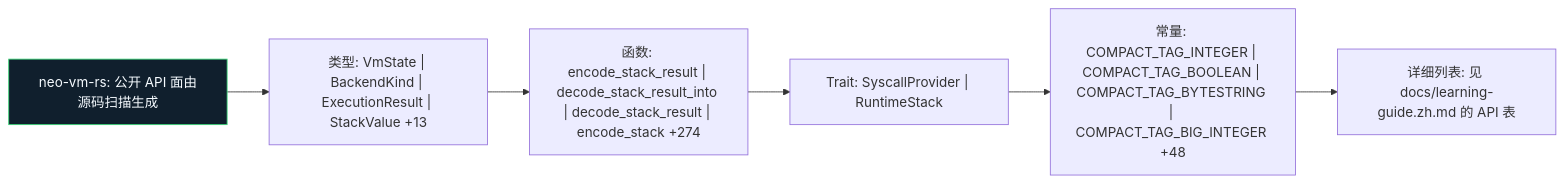
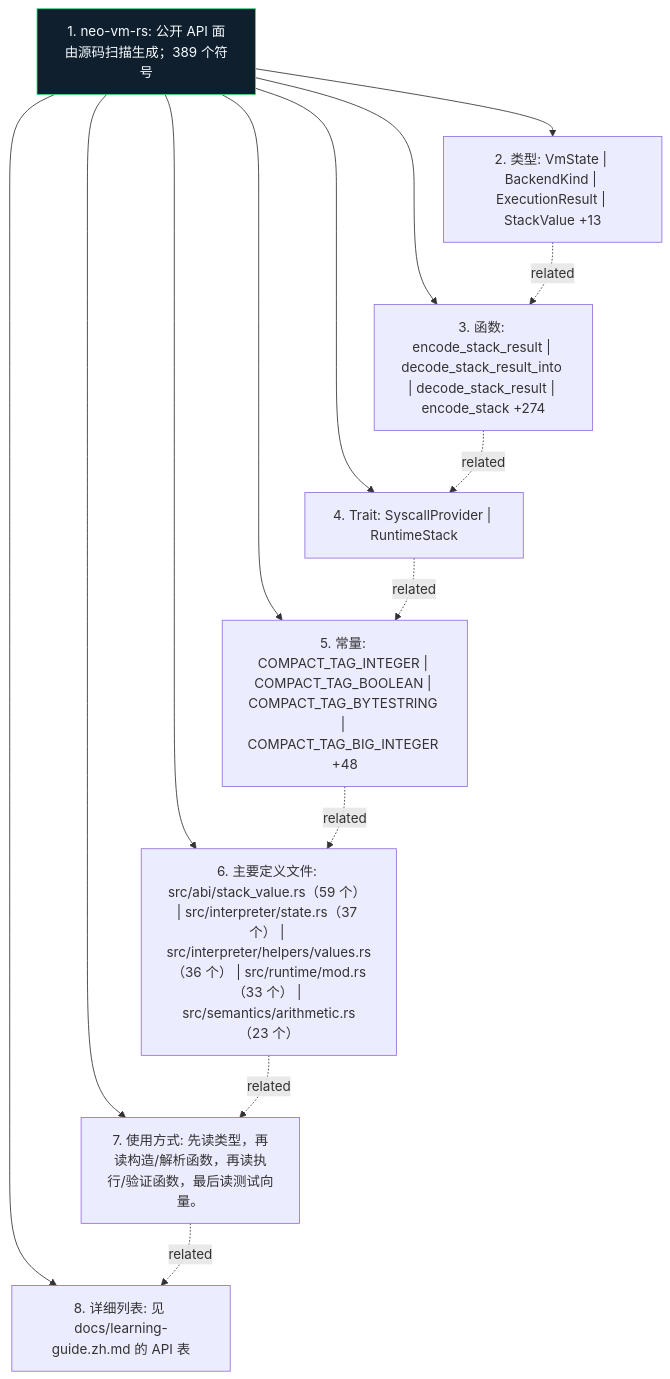
Before and after one commit to r3e-network/neo-vm-rs: the diagram in docs/figures/api-surface.zh.mmd, drawn with Mermaid. The commit also changed 43 other files, not shown here.

Commit message:
Deepen crate diagrams with source-aware atlas

```diff
--- a/docs/figures/api-surface.zh.mmd
+++ b/docs/figures/api-surface.zh.mmd
@@ -1,14 +1,24 @@
-flowchart LR
-    N1["neo-vm-rs: 公开 API 面由源码扫描生成"]
-    N2["类型: VmState | BackendKind | ExecutionResult | StackValue +13"]
-    N3["函数: encode_stack_result | decode_stack_result_into | decode_stack_result | encode_stack +274"]
-    N4["Trait: SyscallProvider | RuntimeStack"]
-    N5["常量: COMPACT_TAG_INTEGER | COMPACT_TAG_BOOLEAN | COMPACT_TAG_BYTESTRING | COMPACT_TAG_BIG_INTEGER +48"]
-    N6["详细列表: 见 docs/learning-guide.zh.md 的 API 表"]
+flowchart TB
+    N1["1. neo-vm-rs: 公开 API 面由源码扫描生成；389 个符号"]
+    N2["2. 类型: VmState | BackendKind | ExecutionResult | StackValue +13"]
+    N3["3. 函数: encode_stack_result | decode_stack_result_into | decode_stack_result | encode_stack +274"]
+    N4["4. Trait: SyscallProvider | RuntimeStack"]
+    N5["5. 常量: COMPACT_TAG_INTEGER | COMPACT_TAG_BOOLEAN | COMPACT_TAG_BYTESTRING | COMPACT_TAG_BIG_INTEGER +48"]
+    N6["6. 主要定义文件: src/abi/stack_value.rs（59 个） | src/interpreter/state.rs（37 个） | src/interpreter/helpers/values.rs（36 个） | src/runtime/mod.rs（33 个） | src/semantics/arithmetic.rs（23 个）"]
+    N7["7. 使用方式: 先读类型，再读构造/解析函数，再读执行/验证函数，最后读测试向量。"]
+    N8["8. 详细列表: 见 docs/learning-guide.zh.md 的 API 表"]
     N1 --> N2
-    N2 --> N3
-    N3 --> N4
-    N4 --> N5
-    N5 --> N6
+    N1 --> N3
+    N1 --> N4
+    N1 --> N5
+    N1 --> N6
+    N1 --> N7
+    N1 --> N8
+    N2 -. related .-> N3
+    N3 -. related .-> N4
+    N4 -. related .-> N5
+    N5 -. related .-> N6
+    N6 -. related .-> N7
+    N7 -. related .-> N8
     classDef crate fill:#101f2d,stroke:#38d978,color:#f6fbff
     class N1 crate
```
